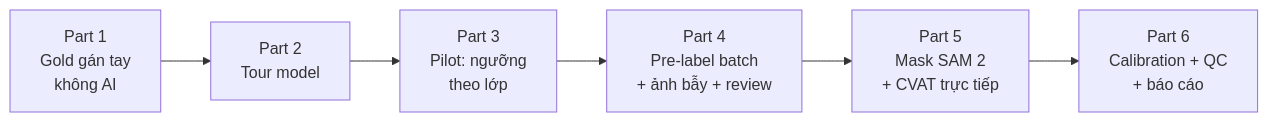
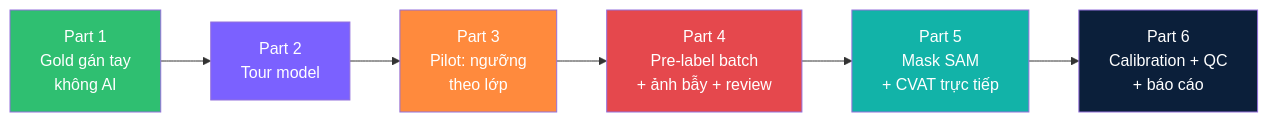
One commit to trungsangle123-glitch/K5-L23-DAY08-2A202603125-LeTrungSang-AIPrelabel changed the diagram in README.md. Above: the diagram before and after it, drawn with Mermaid. The commit also changed other lines of this file and 27 other files, not shown here.

Commit message:
SAM mandatory (choose SAM 1/2.1/3), Colab option, CVAT UI illustrations, visual README

````diff
--- a/README.md
+++ b/README.md
@@ -17,8 +36,14 @@
 ```mermaid
 flowchart LR
   A[Part 1<br/>Gold gán tay<br/>không AI] --> B[Part 2<br/>Tour model]
   B --> C[Part 3<br/>Pilot: ngưỡng<br/>theo lớp]
   C --> D[Part 4<br/>Pre-label batch<br/>+ ảnh bẫy + review]
-  D --> E[Part 5<br/>Mask SAM 2<br/>+ CVAT trực tiếp]
+  D --> E[Part 5<br/>Mask SAM<br/>+ CVAT trực tiếp]
   E --> F[Part 6<br/>Calibration + QC<br/>+ báo cáo]
+  style A fill:#2fbf71,color:#fff
+  style B fill:#7b61ff,color:#fff
+  style C fill:#ff8a3d,color:#fff
+  style D fill:#e5484d,color:#fff
+  style E fill:#12b3a8,color:#fff
+  style F fill:#0b1f3a,color:#fff
 ```
````
